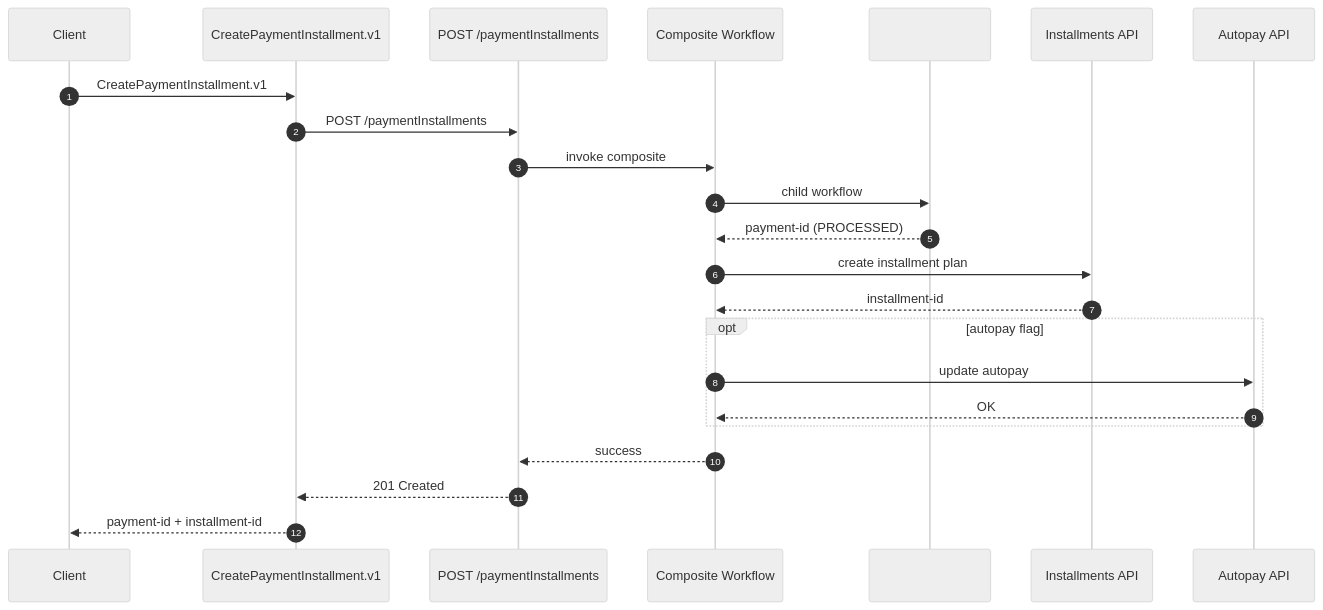
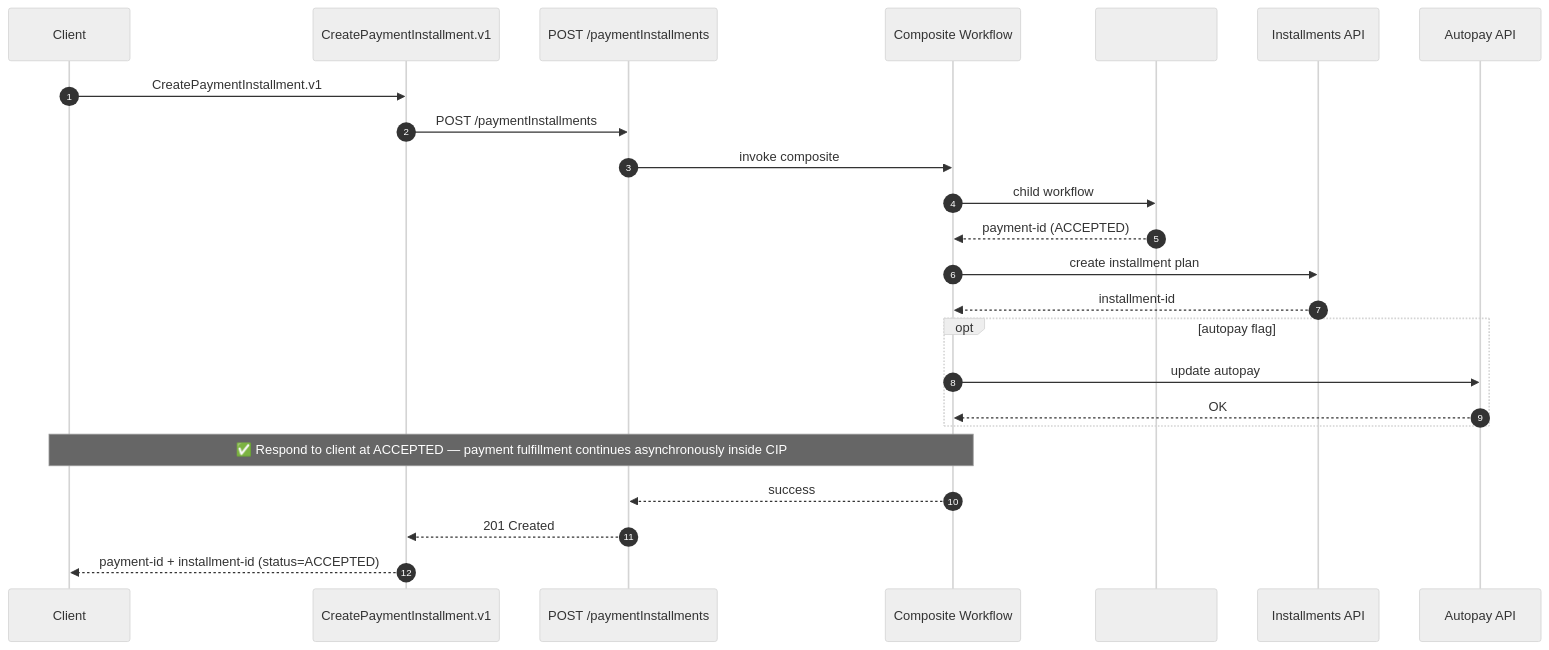
One commit to arunav-bhattacharya/billpay-docs changed the tenth of 10 diagrams in docs/diagrams/sequence-diagrams.md. Above: the diagram before and after it, drawn with Mermaid (neutral theme). The commit also changed other lines of this file and 3 other files, not shown here.

Commit message:
Update configuration and documentation for payment processing flow

````diff
--- a/docs/diagrams/sequence-diagrams.md
+++ b/docs/diagrams/sequence-diagrams.md
@@ -319,26 +328,28 @@
 ```mermaid
 sequenceDiagram
   autonumber
   participant C as Client
   participant ODF as CreatePaymentInstallment.v1
   participant API as POST /paymentInstallments
   participant CWF as Composite Workflow
   participant CIP as #CreateImmediatePaymentWF
   participant INST as Installments API
   participant AUTO as Autopay API
 
   C->>ODF: CreatePaymentInstallment.v1
   ODF->>API: POST /paymentInstallments
   API->>CWF: invoke composite
   CWF->>CIP: child workflow
-  CIP-->>CWF: payment-id (PROCESSED)
+  CIP-->>CWF: payment-id (ACCEPTED)
   CWF->>INST: create installment plan
   INST-->>CWF: installment-id
   opt autopay flag
     CWF->>AUTO: update autopay
     AUTO-->>CWF: OK
   end
+
+  Note over C,CWF: ✅ Respond to client at ACCEPTED — payment fulfillment continues asynchronously inside CIP
   CWF-->>API: success
   API-->>ODF: 201 Created
-  ODF-->>C: payment-id + installment-id
+  ODF-->>C: payment-id + installment-id (status=ACCEPTED)
 ```
````
